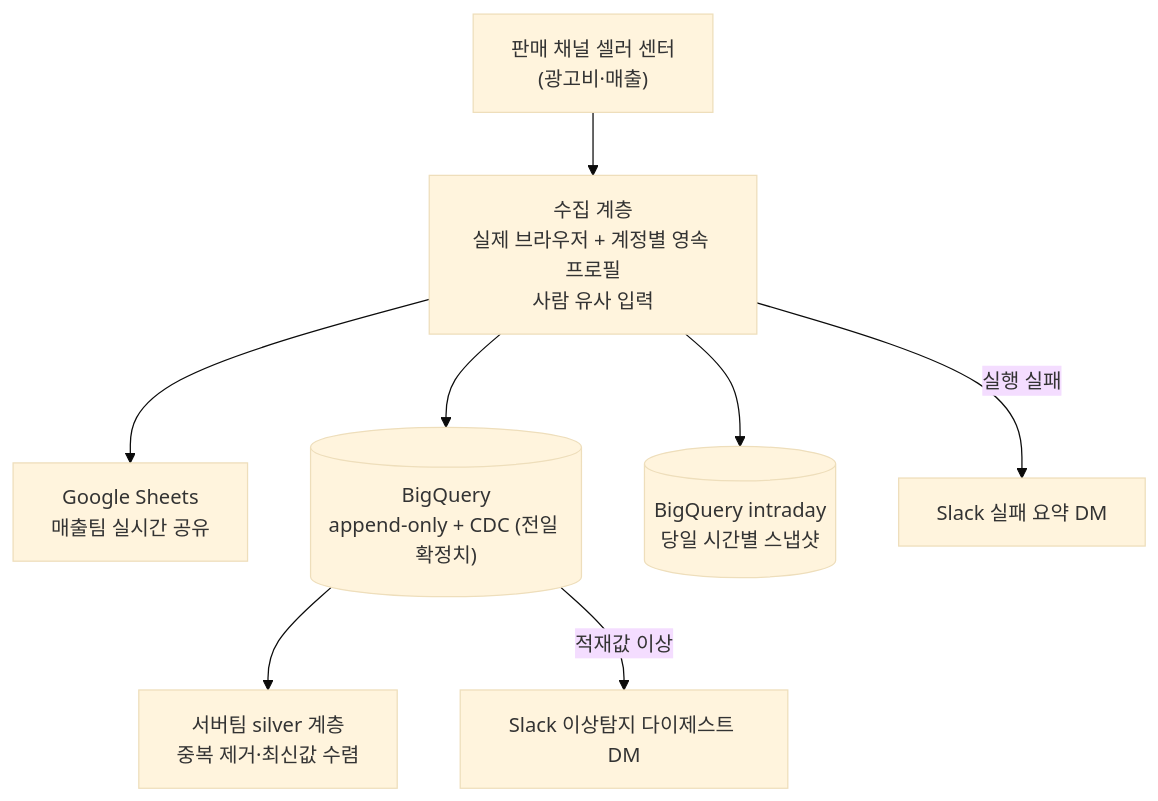
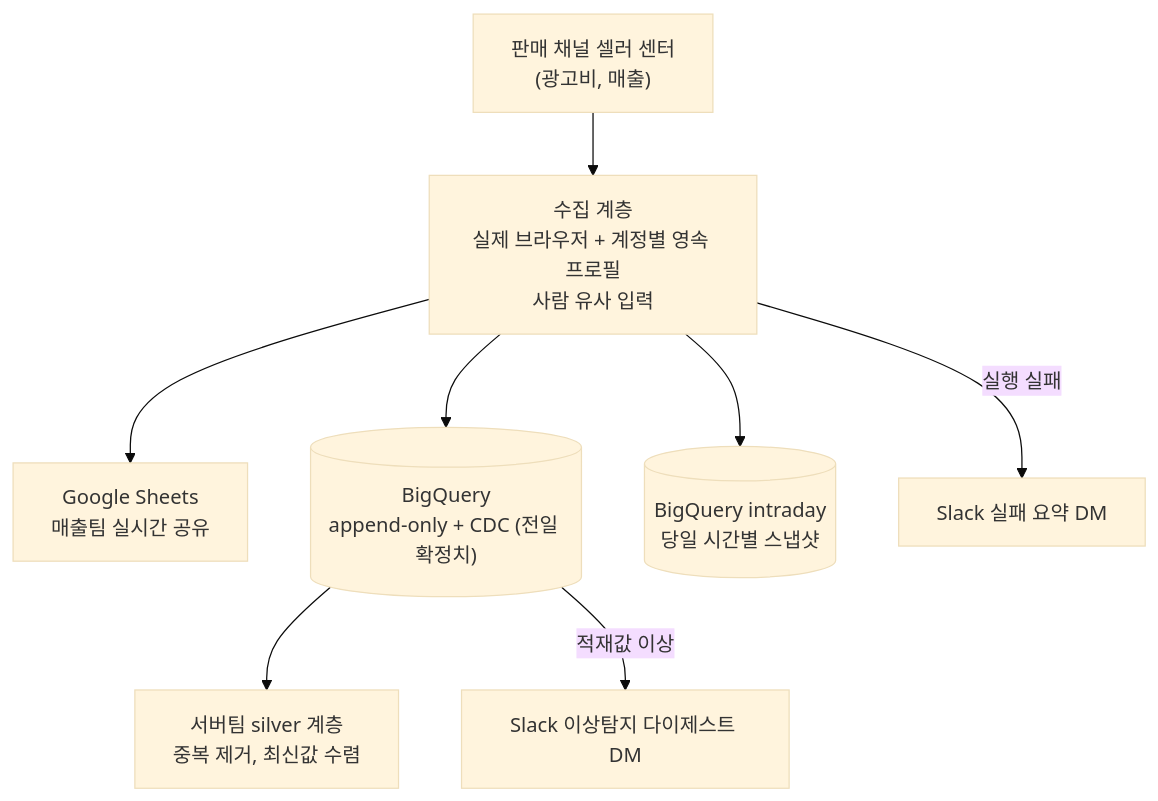
One commit to jinseungyeol/case-studies changed the diagram in commerce-data-pipeline/README.md. Above: the diagram before and after it, drawn with Mermaid (base theme). The commit also changed other lines of this file and 5 other files, not shown here.

````diff
--- a/commerce-data-pipeline/README.md
+++ b/commerce-data-pipeline/README.md
@@ -19,11 +19,11 @@
 ```mermaid
 flowchart TD
-    SRC["판매 채널 셀러 센터<br/>(광고비·매출)"] --> CR["수집 계층<br/>실제 브라우저 + 계정별 영속 프로필<br/>사람 유사 입력"]
+    SRC["판매 채널 셀러 센터<br/>(광고비, 매출)"] --> CR["수집 계층<br/>실제 브라우저 + 계정별 영속 프로필<br/>사람 유사 입력"]
     CR --> GS["Google Sheets<br/>매출팀 실시간 공유"]
     CR --> BQ[("BigQuery<br/>append-only + CDC (전일 확정치)")]
     CR --> IQ[("BigQuery intraday<br/>당일 시간별 스냅샷")]
-    BQ --> SV["서버팀 silver 계층<br/>중복 제거·최신값 수렴"]
+    BQ --> SV["서버팀 silver 계층<br/>중복 제거, 최신값 수렴"]
 
     CR -->|"실행 실패"| AL["Slack 실패 요약 DM"]
     BQ -->|"적재값 이상"| DG["Slack 이상탐지 다이제스트 DM"]
 ```
````
